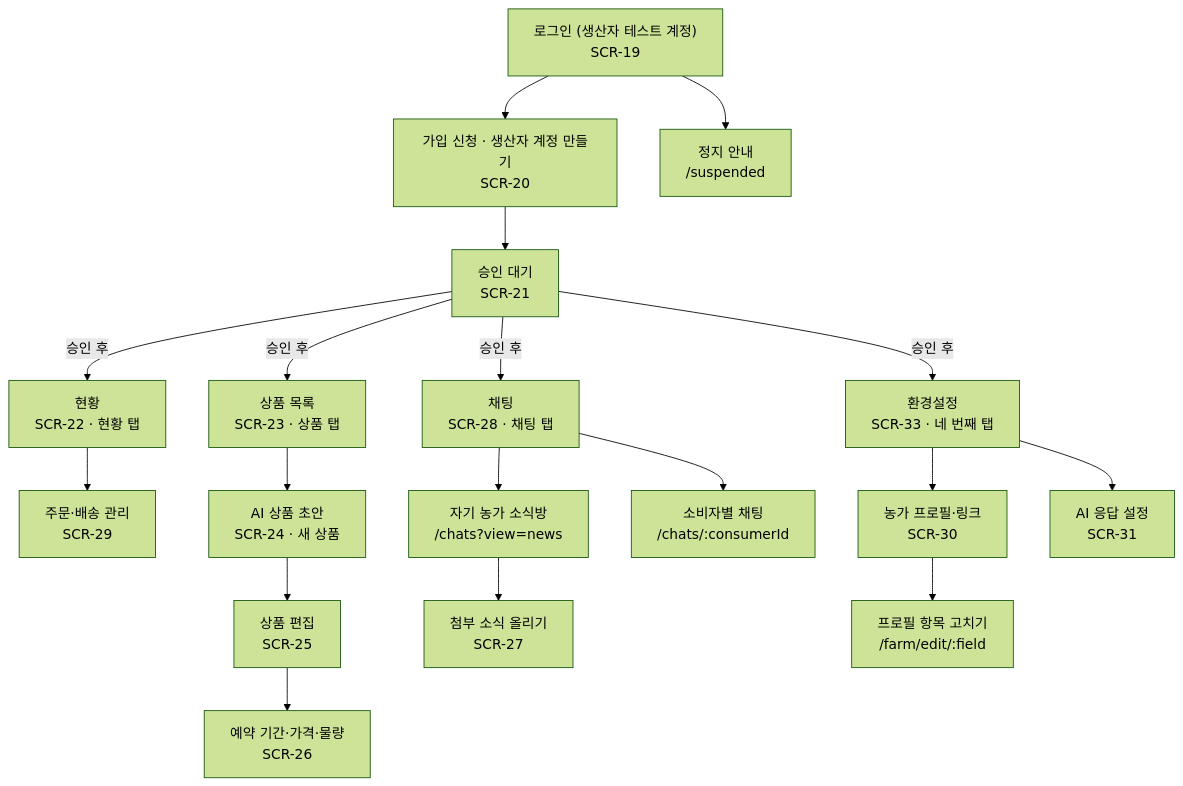
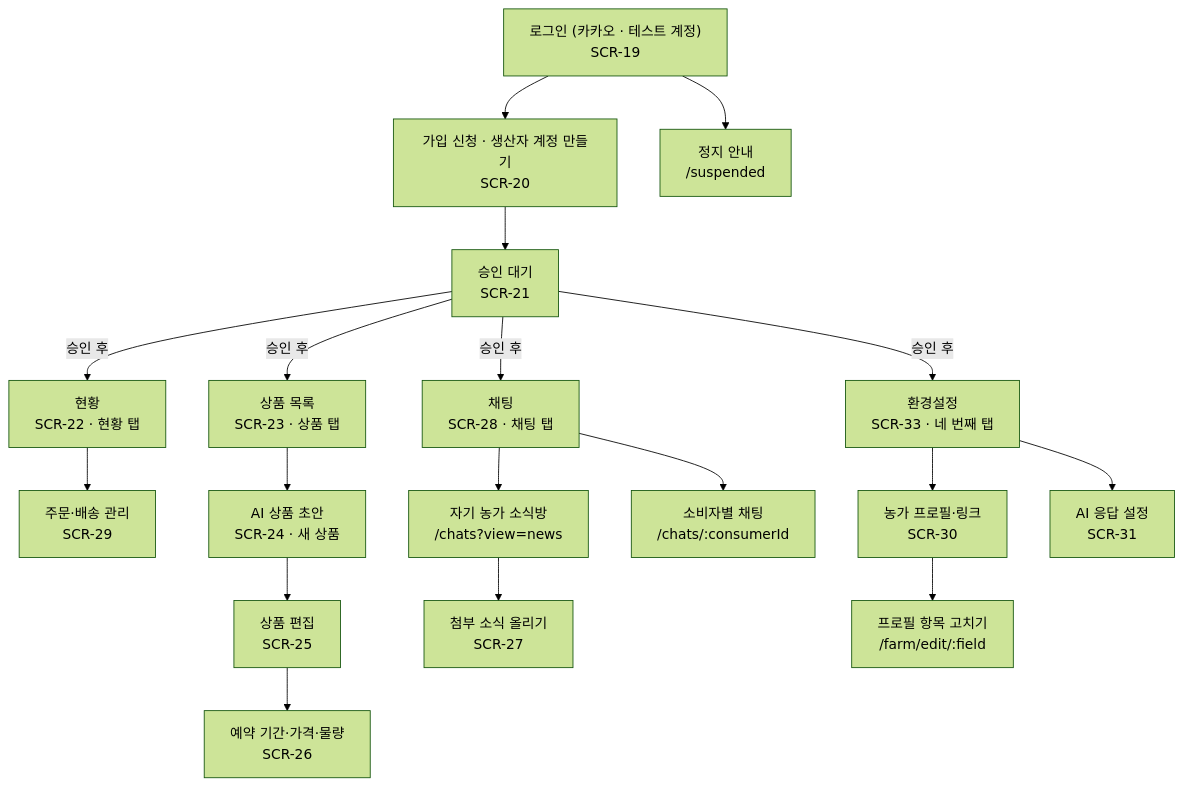
The second of 4 diagrams in docs/spec/ia.md (snuhcs-course/swpp-2026-project-team-06), drawn with Mermaid (forest theme) before and after one commit. The commit also changed other lines of this file and 3 other files, not shown here.

First line of the commit message:
docs(spec): 생산자 앱 카카오 로그인 SCR-19, AC-01-16 (DEV-74)

````diff
--- a/docs/spec/ia.md
+++ b/docs/spec/ia.md
@@ -60,17 +60,17 @@
 ```mermaid
 flowchart TD
-  login["로그인 (생산자 테스트 계정)<br/>SCR-19"] --> apply["가입 신청 · 생산자 계정 만들기<br/>SCR-20"] --> pending["승인 대기<br/>SCR-21"]
+  login["로그인 (카카오 · 테스트 계정)<br/>SCR-19"] --> apply["가입 신청 · 생산자 계정 만들기<br/>SCR-20"] --> pending["승인 대기<br/>SCR-21"]
   login --> suspended["정지 안내<br/>/suspended"]
   pending -- 승인 후 --> home["현황<br/>SCR-22 · 현황 탭"]
   pending -- 승인 후 --> products["상품 목록<br/>SCR-23 · 상품 탭"]
   pending -- 승인 후 --> questions["채팅<br/>SCR-28 · 채팅 탭"]
   pending -- 승인 후 --> settings["환경설정<br/>SCR-33 · 네 번째 탭"]
   settings --> farmtab["농가 프로필·링크<br/>SCR-30"]
   room --> broadcast["첨부 소식 올리기<br/>SCR-27"]
   home --> ship["주문·배송 관리<br/>SCR-29"]
   questions --> room["자기 농가 소식방<br/>/chats?view=news"]
   settings --> ai["AI 응답 설정<br/>SCR-31"]
   questions --> qchat["소비자별 채팅<br/>/chats/:consumerId"]
   farmtab --> fedit["프로필 항목 고치기<br/>/farm/edit/:field"]
   products --> draft["AI 상품 초안<br/>SCR-24 · 새 상품"] --> edit["상품 편집<br/>SCR-25"] --> stages["예약 기간·가격·물량<br/>SCR-26"]
 ```
````
